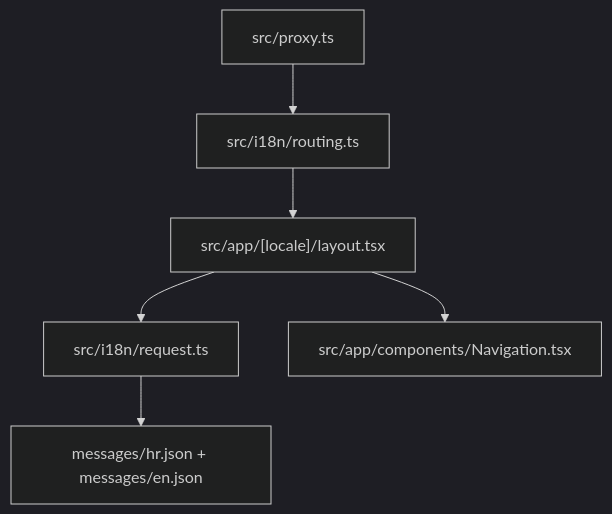
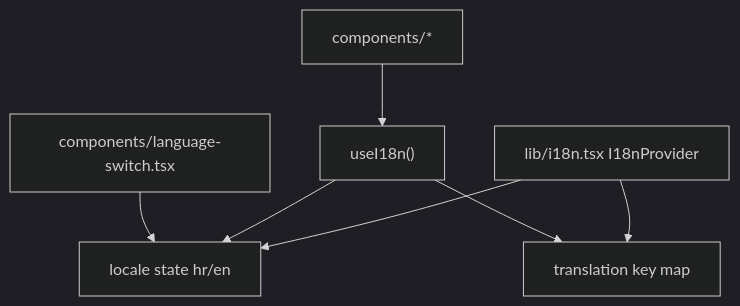
Before and after one commit to ipavic933-spec/website-pavic: the diagram in lode/i18n/summary.md, drawn with Mermaid (dark theme). The commit also changed other lines of this file and 107 other files, not shown here.

````diff
--- a/lode/i18n/summary.md
+++ b/lode/i18n/summary.md
@@ -10,8 +10,9 @@
 ```mermaid
 flowchart TD
-  Proxy["src/proxy.ts"] --> Routing["src/i18n/routing.ts"]
-  Routing --> LocaleLayout["src/app/[locale]/layout.tsx"]
-  LocaleLayout --> Request["src/i18n/request.ts"]
-  Request --> Messages["messages/hr.json + messages/en.json"]
-  LocaleLayout --> Navigation["src/app/components/Navigation.tsx"]
+  Provider["lib/i18n.tsx I18nProvider"] --> State["locale state hr/en"]
+  Provider --> Dict["translation key map"]
+  Components["components/*"] --> Hook["useI18n()"]
+  Hook --> State
+  Hook --> Dict
+  LanguageSwitch["components/language-switch.tsx"] --> State
 ```
````
